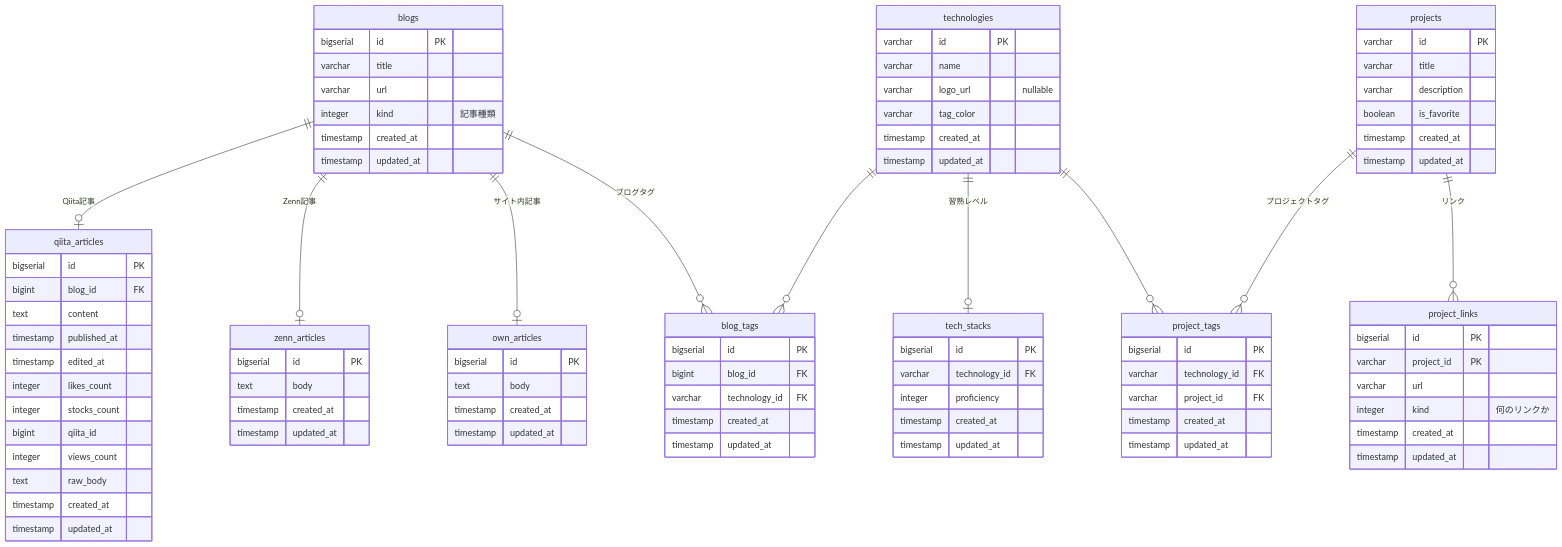
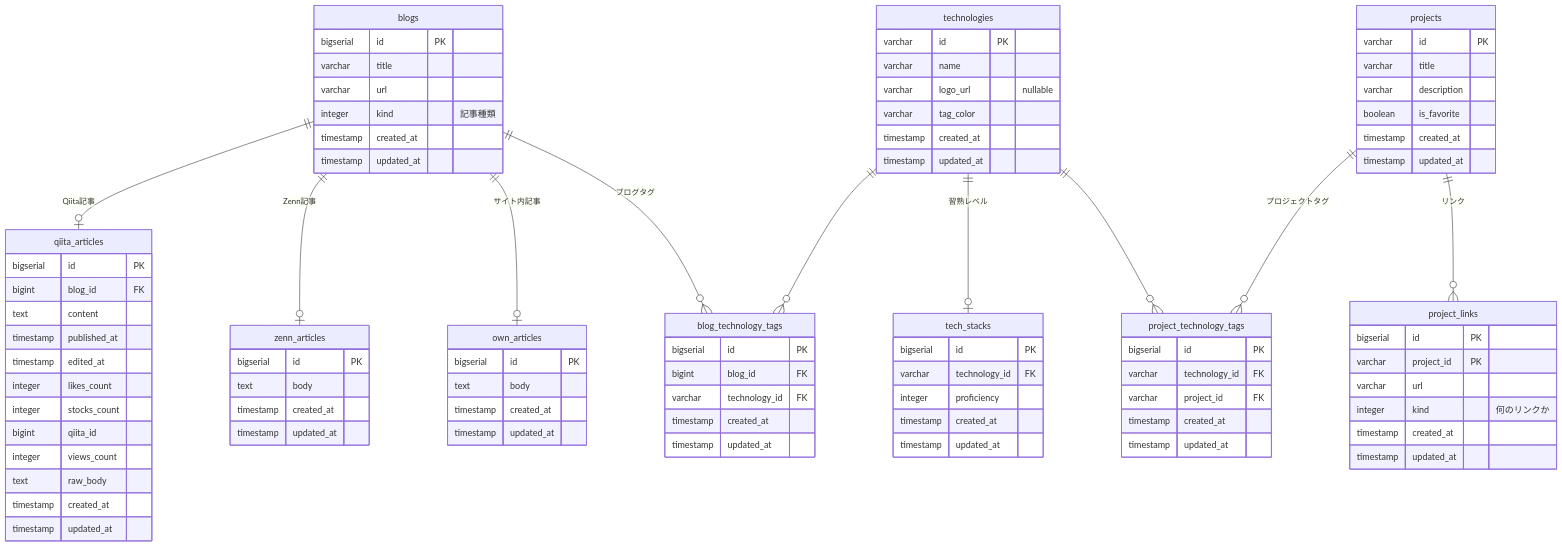
One commit to piny940/portfolio changed the diagram in db/er/portfolio.md. Above: the diagram before and after it, drawn with Mermaid.

Commit message:
er図を修正

```diff
--- a/db/er/portfolio.md
+++ b/db/er/portfolio.md
@@ -3,11 +3,11 @@
   blogs ||--o| qiita_articles : "Qiita記事"
   blogs ||--o| zenn_articles : "Zenn記事"
   blogs ||--o| own_articles : "サイト内記事"
-  blogs ||--o{ blog_tags : "ブログタグ"
-  technologies ||--o{ blog_tags : ""
+  blogs ||--o{ blog_technology_tags : "ブログタグ"
+  technologies ||--o{ blog_technology_tags : ""
   technologies ||--o| tech_stacks : "習熟レベル"
-  technologies ||--o{ project_tags : ""
-  projects ||--o{ project_tags : "プロジェクトタグ"
+  technologies ||--o{ project_technology_tags : ""
+  projects ||--o{ project_technology_tags : "プロジェクトタグ"
   projects ||--o{ project_links : "リンク"
 
   blogs {
@@ -18,7 +18,7 @@
     timestamp created_at
     timestamp updated_at
   }
-  blog_tags {
+  blog_technology_tags {
     bigserial id PK
     bigint blog_id FK
     varchar technology_id FK
@@ -67,7 +67,7 @@
     timestamp created_at
     timestamp updated_at
   }
-  project_tags {
+  project_technology_tags {
     bigserial id PK
     varchar technology_id FK
     varchar project_id FK
```
